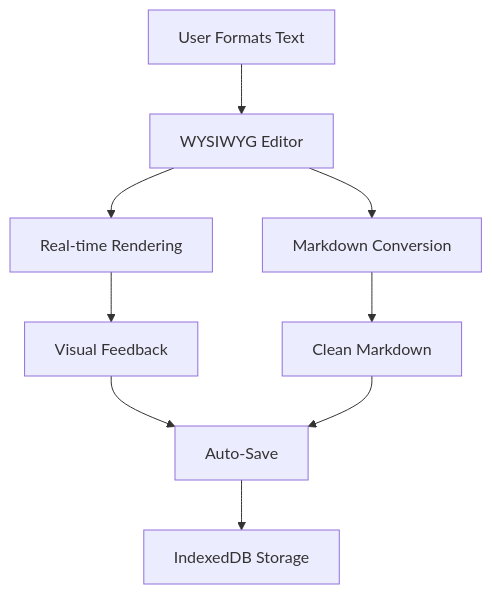
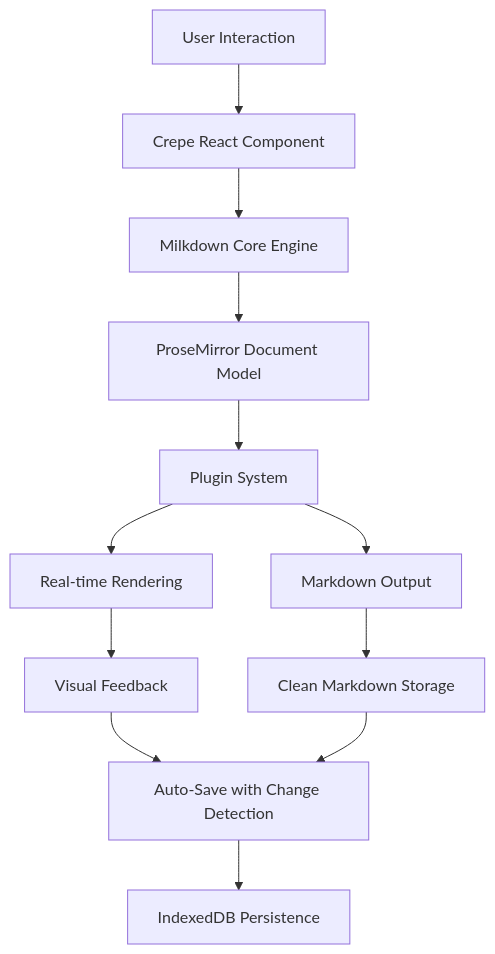
Before and after one commit to naretakis/eapd-next: the third of 4 diagrams in .kiro/specs/eapd-next-web-application/design.md, drawn with Mermaid. The commit also changed other lines of this file and 4 other files, not shown here.

First line of the commit message:
feat(specs): integrate Milkdown WYSIWYG editor throughout project architecture

````diff
--- a/.kiro/specs/eapd-next-web-application/design.md
+++ b/.kiro/specs/eapd-next-web-application/design.md
@@ -101,11 +101,14 @@
 ```mermaid
 graph TB
-    A[User Formats Text] --> B[WYSIWYG Editor]
-    B --> C[Real-time Rendering]
-    B --> D[Markdown Conversion]
-    C --> E[Visual Feedback]
-    D --> F[Clean Markdown]
-    E --> G[Auto-Save]
-    F --> G
-    G --> H[IndexedDB Storage]
+    A[User Interaction] --> B[Crepe React Component]
+    B --> C[Milkdown Core Engine]
+    C --> D[ProseMirror Document Model]
+    D --> E[Plugin System]
+    E --> F[Real-time Rendering]
+    E --> G[Markdown Output]
+    F --> H[Visual Feedback]
+    G --> I[Clean Markdown Storage]
+    H --> J[Auto-Save with Change Detection]
+    I --> J
+    J --> K[IndexedDB Persistence]
 ```
````
